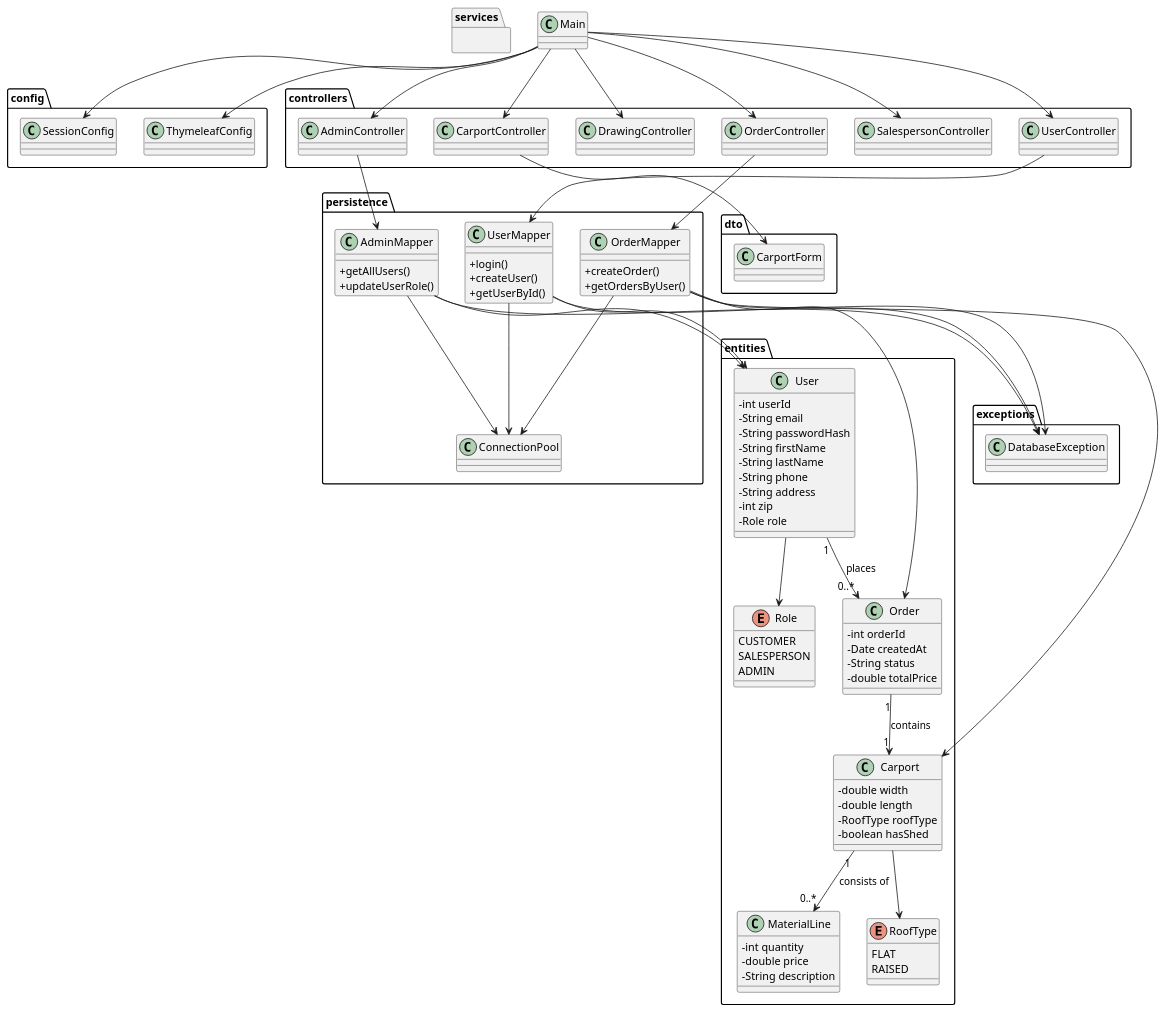
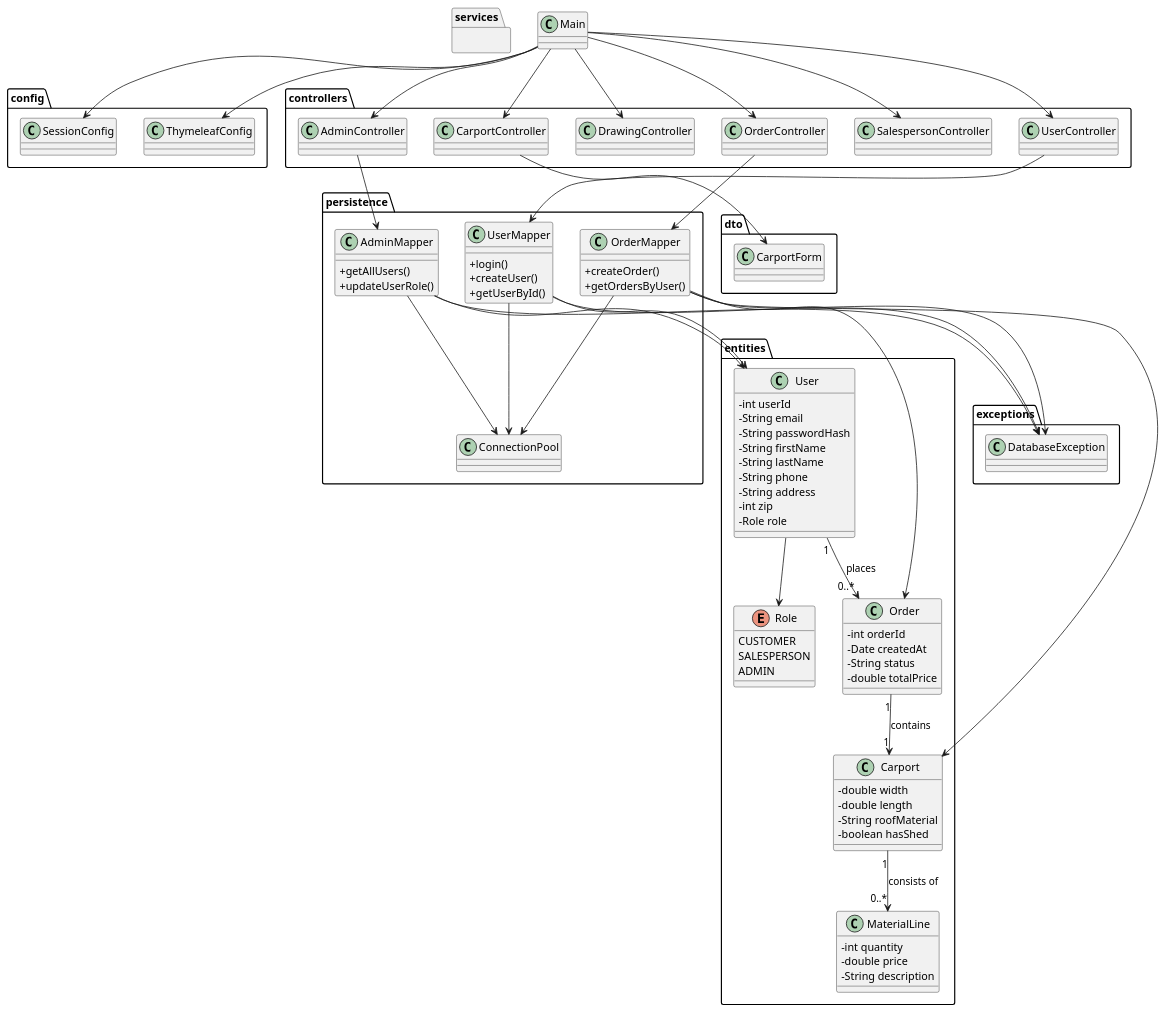
One commit to EmilOzel/Carport-FOG changed the diagram in src/main/resources/uml/klasseDiagram.puml. Above: the diagram before and after it, drawn with PlantUML. The commit also changed 16 other files, not shown here.

```diff
--- a/src/main/resources/uml/klasseDiagram.puml
+++ b/src/main/resources/uml/klasseDiagram.puml
@@ -1,158 +1,153 @@
 @startuml
 
 skinparam classAttributeIconSize 0
 
 package "config" {
 
     class SessionConfig
     class ThymeleafConfig
 }
 
 package "controllers" {
 
     class AdminController
     class CarportController
     class DrawingController
     class OrderController
     class SalespersonController
     class UserController
 }
 
 package "dto" {
 
     class CarportForm
 }
 
 package "entities" {
 
     class User {
         - int userId
         - String email
         - String passwordHash
         - String firstName
         - String lastName
         - String phone
         - String address
         - int zip
         - Role role
     }
 
     class Order {
         - int orderId
         - Date createdAt
         - String status
         - double totalPrice
     }
 
     class Carport {
         - double width
         - double length
-        - RoofType roofType
+        - String roofMaterial
         - boolean hasShed
     }
 
     class MaterialLine {
         - int quantity
         - double price
         - String description
     }
 
     enum Role {
         CUSTOMER
         SALESPERSON
         ADMIN
     }
 
-    enum RoofType {
-        FLAT
-        RAISED
-    }
 }
 
 package "exceptions" {
 
     class DatabaseException
 }
 
 package "persistence" {
 
     class ConnectionPool
 
     class UserMapper {
         + login()
         + createUser()
         + getUserById()
     }
 
     class OrderMapper {
         + createOrder()
         + getOrdersByUser()
     }
 
     class AdminMapper {
         + getAllUsers()
         + updateUserRole()
     }
 }
 
 package "services" {
 
 }
 
 class Main
 
 ' =========================
 ' ENTITY RELATIONS
 ' =========================
 
 User "1" --> "0..*" Order : places
 Order "1" --> "1" Carport : contains
 Carport "1" --> "0..*" MaterialLine : consists of
 
 User --> Role
-Carport --> RoofType
 
 ' =========================
 ' CONTROLLER DEPENDENCIES
 ' =========================
 
 UserController --> UserMapper
 OrderController --> OrderMapper
 AdminController --> AdminMapper
 CarportController --> CarportForm
 
 ' =========================
 ' MAPPER DEPENDENCIES
 ' =========================
 
 UserMapper --> ConnectionPool
 OrderMapper --> ConnectionPool
 AdminMapper --> ConnectionPool
 
 UserMapper --> User
 OrderMapper --> Order
 OrderMapper --> Carport
 AdminMapper --> User
 
 ' =========================
 ' EXCEPTION USAGE
 ' =========================
 
 UserMapper --> DatabaseException
 OrderMapper --> DatabaseException
 AdminMapper --> DatabaseException
 
 ' =========================
 ' MAIN APPLICATION
 ' =========================
 
 Main --> SessionConfig
 Main --> ThymeleafConfig
 Main --> UserController
 Main --> OrderController
 Main --> CarportController
 Main --> AdminController
 Main --> SalespersonController
 Main --> DrawingController
 
 @enduml
```
